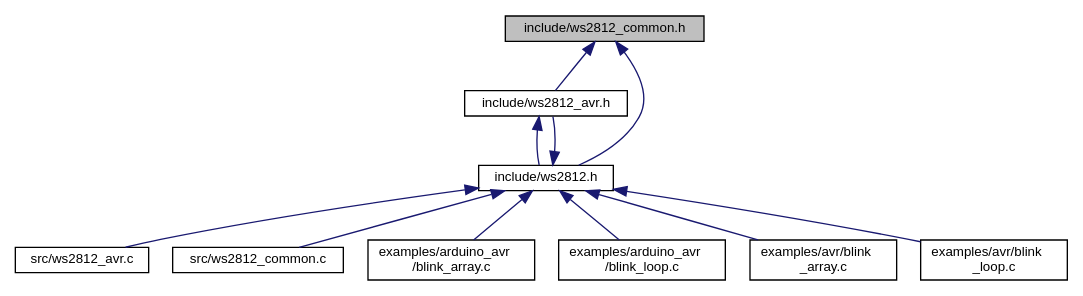
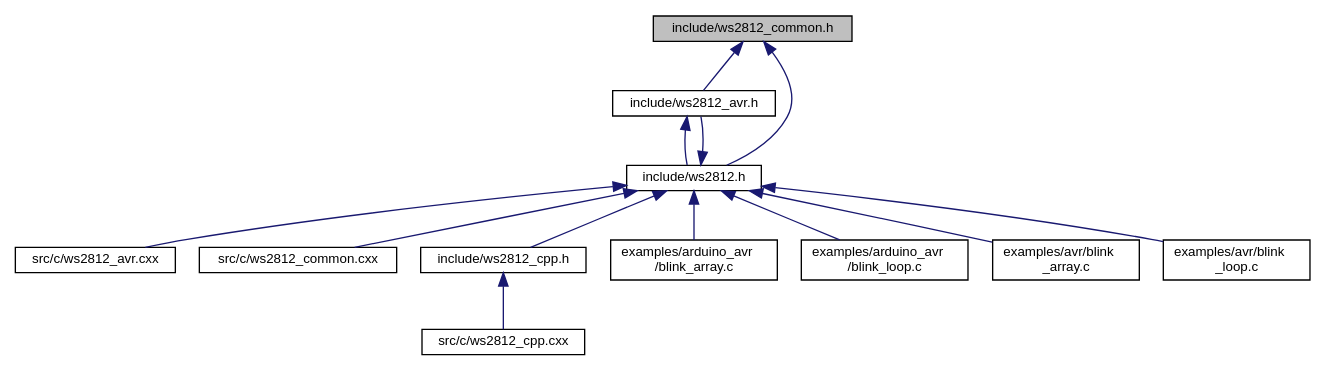
The diagram in docs/ws2812__common_8h__dep__incl.dot (CTXz/TinyWS2812), drawn with Graphviz before and after one commit. The commit also changed 79 other files, not shown here.

```diff
--- a/docs/ws2812__common_8h__dep__incl.dot
+++ b/docs/ws2812__common_8h__dep__incl.dot
@@ -1,25 +1,29 @@
 digraph "include/ws2812_common.h"
 {
  // LATEX_PDF_SIZE
   edge [fontname="Helvetica",fontsize="10",labelfontname="Helvetica",labelfontsize="10"];
   node [fontname="Helvetica",fontsize="10",shape=record];
   Node1 [label="include/ws2812_common.h",height=0.2,width=0.4,color="black", fillcolor="grey75", style="filled", fontcolor="black",tooltip="Definitions required by all platform specific headers."];
   Node1 -> Node2 [dir="back",color="midnightblue",fontsize="10",style="solid",fontname="Helvetica"];
   Node2 [label="include/ws2812_avr.h",height=0.2,width=0.4,color="black", fillcolor="white", style="filled",URL="$ws2812__avr_8h.html",tooltip="Provides AVR platform specific definitions."];
   Node2 -> Node3 [dir="back",color="midnightblue",fontsize="10",style="solid",fontname="Helvetica"];
   Node3 [label="include/ws2812.h",height=0.2,width=0.4,color="black", fillcolor="white", style="filled",URL="$ws2812_8h.html",tooltip="Exposes the Tiny-WS2812 library interface."];
   Node3 -> Node4 [dir="back",color="midnightblue",fontsize="10",style="solid",fontname="Helvetica"];
-  Node4 [label="src/ws2812_avr.c",height=0.2,width=0.4,color="black", fillcolor="white", style="filled",URL="$ws2812__avr_8c.html",tooltip="Driver code for AVR chips."];
+  Node4 [label="src/c/ws2812_avr.cxx",height=0.2,width=0.4,color="black", fillcolor="white", style="filled",URL="$ws2812__avr_8cxx_source.html",tooltip=" "];
   Node3 -> Node5 [dir="back",color="midnightblue",fontsize="10",style="solid",fontname="Helvetica"];
-  Node5 [label="src/ws2812_common.c",height=0.2,width=0.4,color="black", fillcolor="white", style="filled",URL="$ws2812__common_8c.html",tooltip="Common code shared accross all supported platforms."];
+  Node5 [label="src/c/ws2812_common.cxx",height=0.2,width=0.4,color="black", fillcolor="white", style="filled",URL="$ws2812__common_8cxx_source.html",tooltip=" "];
   Node3 -> Node2 [dir="back",color="midnightblue",fontsize="10",style="solid",fontname="Helvetica"];
   Node3 -> Node6 [dir="back",color="midnightblue",fontsize="10",style="solid",fontname="Helvetica"];
-  Node6 [label="examples/arduino_avr\l/blink_array.c",height=0.2,width=0.4,color="black", fillcolor="white", style="filled",URL="$arduino__avr_2blink__array_8c.html",tooltip="Blinks one or more WS2812 devices using a RGB array."];
-  Node3 -> Node7 [dir="back",color="midnightblue",fontsize="10",style="solid",fontname="Helvetica"];
-  Node7 [label="examples/arduino_avr\l/blink_loop.c",height=0.2,width=0.4,color="black", fillcolor="white", style="filled",URL="$arduino__avr_2blink__loop_8c.html",tooltip="Blinks one or more WS2812 devices using a more memory efficient method than the blink_array...."];
+  Node6 [label="include/ws2812_cpp.h",height=0.2,width=0.4,color="black", fillcolor="white", style="filled",URL="$ws2812__cpp_8h.html",tooltip="C++ Wrapper for the Tiny-WS2812 interface."];
+  Node6 -> Node7 [dir="back",color="midnightblue",fontsize="10",style="solid",fontname="Helvetica"];
+  Node7 [label="src/c/ws2812_cpp.cxx",height=0.2,width=0.4,color="black", fillcolor="white", style="filled",URL="$ws2812__cpp_8cxx_source.html",tooltip=" "];
   Node3 -> Node8 [dir="back",color="midnightblue",fontsize="10",style="solid",fontname="Helvetica"];
-  Node8 [label="examples/avr/blink\l_array.c",height=0.2,width=0.4,color="black", fillcolor="white", style="filled",URL="$avr_2blink__array_8c.html",tooltip="Blinks one or more WS2812 devices using a RGB array."];
+  Node8 [label="examples/arduino_avr\l/blink_array.c",height=0.2,width=0.4,color="black", fillcolor="white", style="filled",URL="$arduino__avr_2blink__array_8c.html",tooltip="Blinks one or more WS2812 devices using a RGB array."];
   Node3 -> Node9 [dir="back",color="midnightblue",fontsize="10",style="solid",fontname="Helvetica"];
-  Node9 [label="examples/avr/blink\l_loop.c",height=0.2,width=0.4,color="black", fillcolor="white", style="filled",URL="$avr_2blink__loop_8c.html",tooltip="Blinks one or more WS2812 devices using a more memory efficient method than the blink_array...."];
+  Node9 [label="examples/arduino_avr\l/blink_loop.c",height=0.2,width=0.4,color="black", fillcolor="white", style="filled",URL="$arduino__avr_2blink__loop_8c.html",tooltip="Blinks one or more WS2812 devices using a more memory efficient method than the blink_array...."];
+  Node3 -> Node10 [dir="back",color="midnightblue",fontsize="10",style="solid",fontname="Helvetica"];
+  Node10 [label="examples/avr/blink\l_array.c",height=0.2,width=0.4,color="black", fillcolor="white", style="filled",URL="$avr_2blink__array_8c.html",tooltip="Blinks one or more WS2812 devices using a RGB array."];
+  Node3 -> Node11 [dir="back",color="midnightblue",fontsize="10",style="solid",fontname="Helvetica"];
+  Node11 [label="examples/avr/blink\l_loop.c",height=0.2,width=0.4,color="black", fillcolor="white", style="filled",URL="$avr_2blink__loop_8c.html",tooltip="Blinks one or more WS2812 devices using a more memory efficient method than the blink_array...."];
   Node1 -> Node3 [dir="back",color="midnightblue",fontsize="10",style="solid",fontname="Helvetica"];
 }
```
